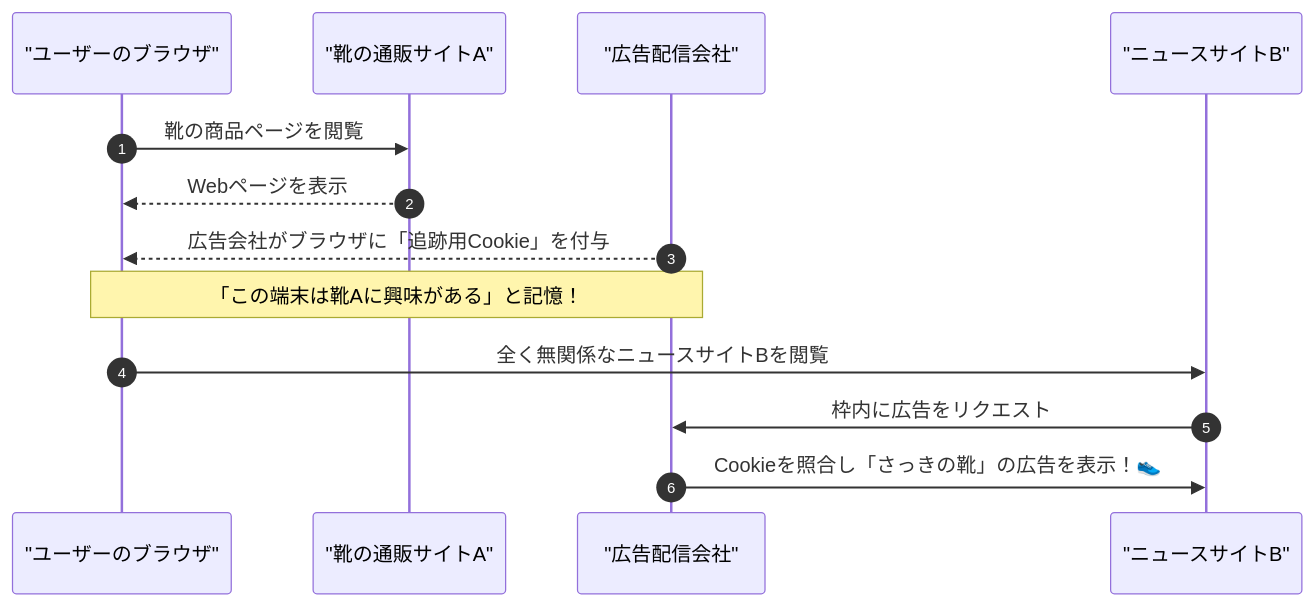
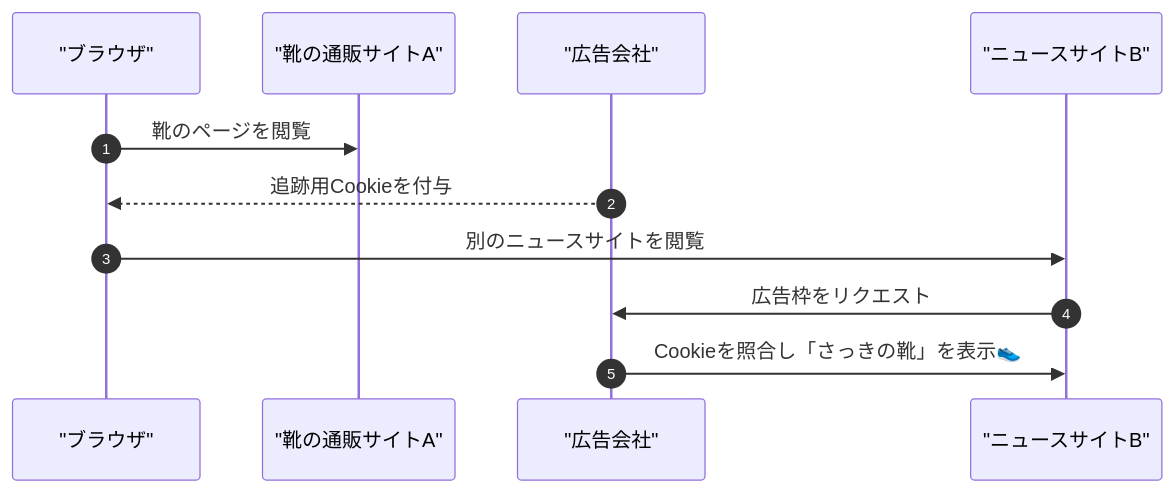
One commit to kashiwabarakenji/multimedia changed the fifth of 5 diagrams in security.qmd. Above: the diagram before and after it, drawn with Mermaid. The commit also changed other lines of this file, not shown here.

````diff
--- a/security.qmd
+++ b/security.qmd
@@ -883,15 +476,13 @@
 ```{mermaid}
 sequenceDiagram
     autonumber
-    participant U as "ユーザーのブラウザ"
+    participant U as "ブラウザ"
     participant A as "靴の通販サイトA"
-    participant AD as "広告配信会社"
+    participant AD as "広告会社"
     participant B as "ニュースサイトB"
-    U->>A: 靴の商品ページを閲覧
-    A-->>U: Webページを表示
-    AD-->>U: 広告会社がブラウザに「追跡用Cookie」を付与
-    Note over U, AD: 「この端末は靴Aに興味がある」と記憶！
-    U->>B: 全く無関係なニュースサイトBを閲覧
-    B->>AD: 枠内に広告をリクエスト
-    AD->>B: Cookieを照合し「さっきの靴」の広告を表示！👟
+    U->>A: 靴のページを閲覧
+    AD-->>U: 追跡用Cookieを付与
+    U->>B: 別のニュースサイトを閲覧
+    B->>AD: 広告枠をリクエスト
+    AD->>B: Cookieを照合し「さっきの靴」を表示👟
 ```
````
